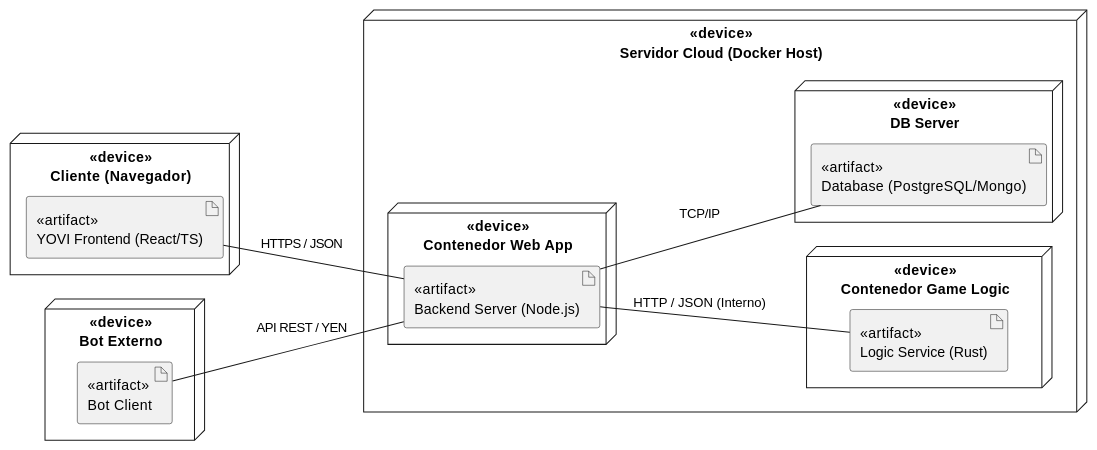
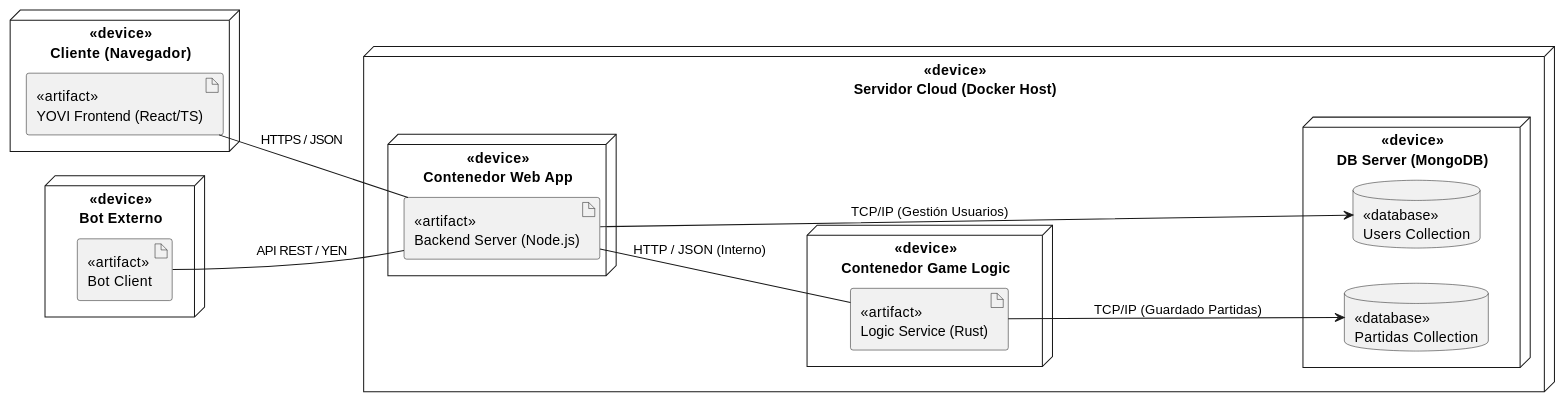
One commit to Arquisoft/yovi_es1b changed the first of 4 diagrams in docs/src/07_deployment_view.adoc. Above: the diagram before and after it, drawn with PlantUML. The commit also changed other lines of this file and 1 other file, not shown here.

```diff
--- a/docs/src/07_deployment_view.adoc
+++ b/docs/src/07_deployment_view.adoc
@@ -65,36 +66,38 @@
 [plantuml, deployment-diagram, png]
 ----
 @startuml
 skinparam actorStyle awesome
 left to right direction
 
 node "<<device>>\nCliente (Navegador)" as pc {
     artifact "<<artifact>>\nYOVI Frontend (React/TS)" as frontend
 }
 
 node "<<device>>\nBot Externo" as bot_node {
     artifact "<<artifact>>\nBot Client" as bot_app
 }
 
 node "<<device>>\nServidor Cloud (Docker Host)" as cloud {
     
     node "<<device>>\nContenedor Web App" as docker_node {
         artifact "<<artifact>>\nBackend Server (Node.js)" as node_app
     }
     
     node "<<device>>\nContenedor Game Logic" as docker_rust {
         artifact "<<artifact>>\nLogic Service (Rust)" as rust_app
     }
     
-    node "<<device>>\nDB Server" as db_node {
-        artifact "<<artifact>>\nDatabase (PostgreSQL/Mongo)" as db
+    node "<<device>>\nDB Server (MongoDB)" as db_node {
+        database "<<database>>\nUsers Collection" as db_users
+        database "<<database>>\nPartidas Collection" as db_games
     }
 }
 
 ' Relaciones de comunicación
 frontend -- node_app : HTTPS / JSON
 bot_app -- node_app : API REST / YEN
 node_app -- rust_app : HTTP / JSON (Interno)
-node_app -- db : TCP/IP
+node_app --> db_users : TCP/IP (Gestión Usuarios)
+rust_app --> db_games : TCP/IP (Guardado Partidas)
 @enduml
 ----
```
